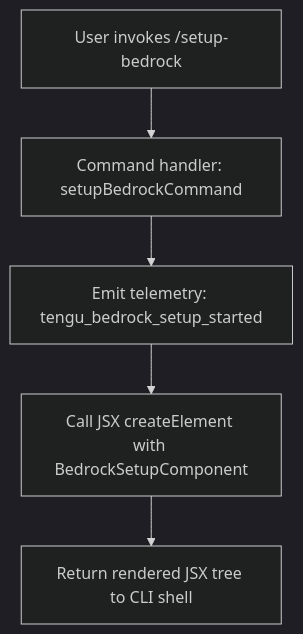
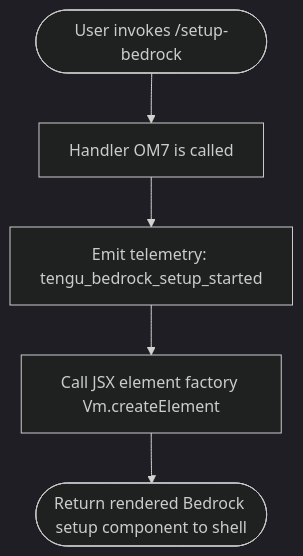
One commit to MyLittleLuckyDog/cc-gnothi changed the diagram in versions/v2.1.143/setup-bedrock.md. Above: the diagram before and after it, drawn with Mermaid (dark theme). The commit also changed other lines of this file and 483 other files, not shown here.

````diff
--- a/versions/v2.1.143/setup-bedrock.md
+++ b/versions/v2.1.143/setup-bedrock.md
@@ -46,7 +55,7 @@
 ```mermaid
 flowchart TD
-    A[User invokes /setup-bedrock] --> B[Command handler: setupBedrockCommand]
+    A([User invokes /setup-bedrock]) --> B[Handler OM7 is called]
     B --> C[Emit telemetry: tengu_bedrock_setup_started]
-    C --> D[Call JSX createElement with BedrockSetupComponent]
-    D --> E[Return rendered JSX tree to CLI shell]
+    C --> D[Call JSX element factory Vm.createElement]
+    D --> E([Return rendered Bedrock setup component to shell])
 ```
````
